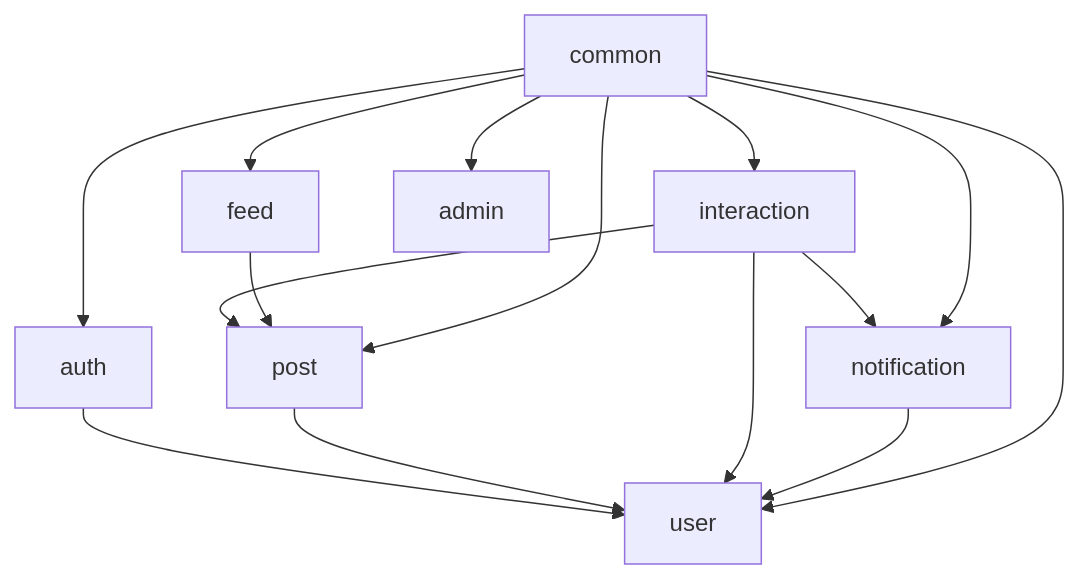
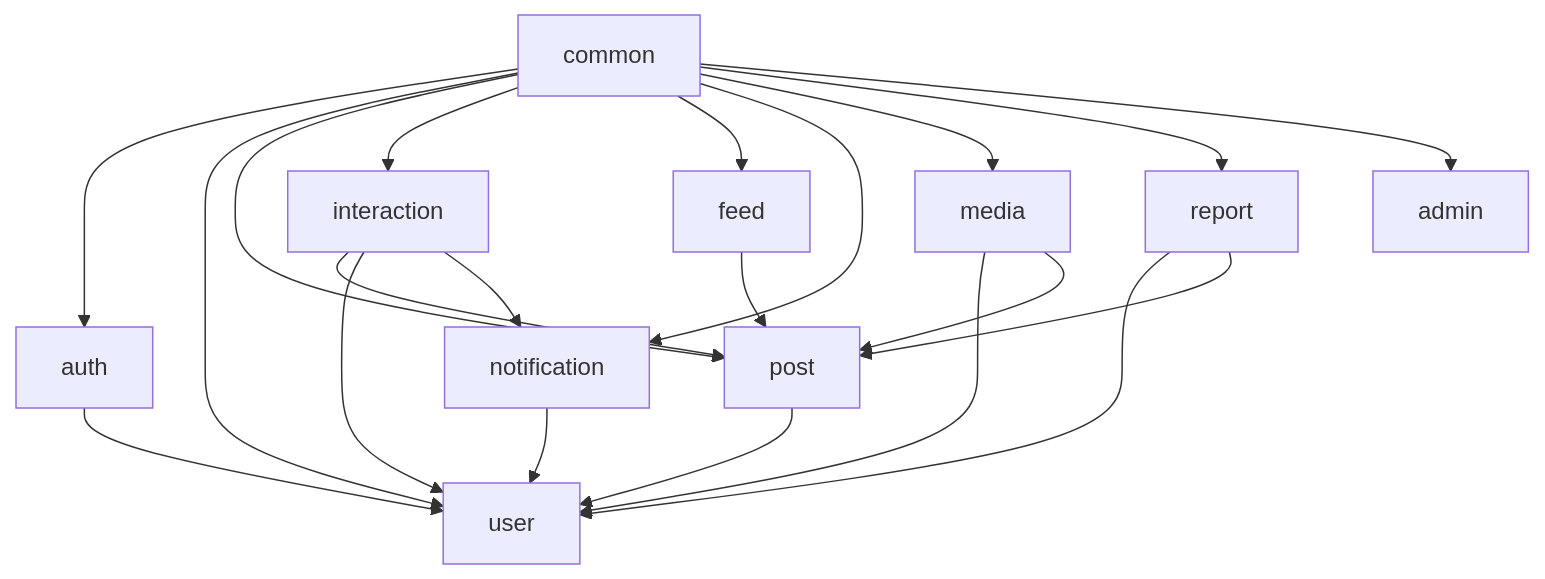
Before and after one commit to Kylan-Yu/devflow: the second of 5 diagrams in docs/ARCHITECTURE_DIAGRAM.md, drawn with Mermaid. The commit also changed other lines of this file and 183 other files, not shown here.

````diff
--- a/docs/ARCHITECTURE_DIAGRAM.md
+++ b/docs/ARCHITECTURE_DIAGRAM.md
@@ -25,26 +25,34 @@
 ```mermaid
 flowchart TB
   COMMON["common"]
   AUTH["auth"]
   USER["user"]
   POST["post"]
   INTERACTION["interaction"]
   FEED["feed"]
   NOTIFICATION["notification"]
+  MEDIA["media"]
+  REPORT["report"]
   ADMIN["admin"]
 
   AUTH --> USER
   POST --> USER
   INTERACTION --> POST
   INTERACTION --> USER
   FEED --> POST
   NOTIFICATION --> USER
   INTERACTION --> NOTIFICATION
+  MEDIA --> USER
+  MEDIA --> POST
+  REPORT --> USER
+  REPORT --> POST
   COMMON --> AUTH
   COMMON --> USER
   COMMON --> POST
   COMMON --> INTERACTION
   COMMON --> FEED
   COMMON --> NOTIFICATION
+  COMMON --> MEDIA
+  COMMON --> REPORT
   COMMON --> ADMIN
 ```
````
